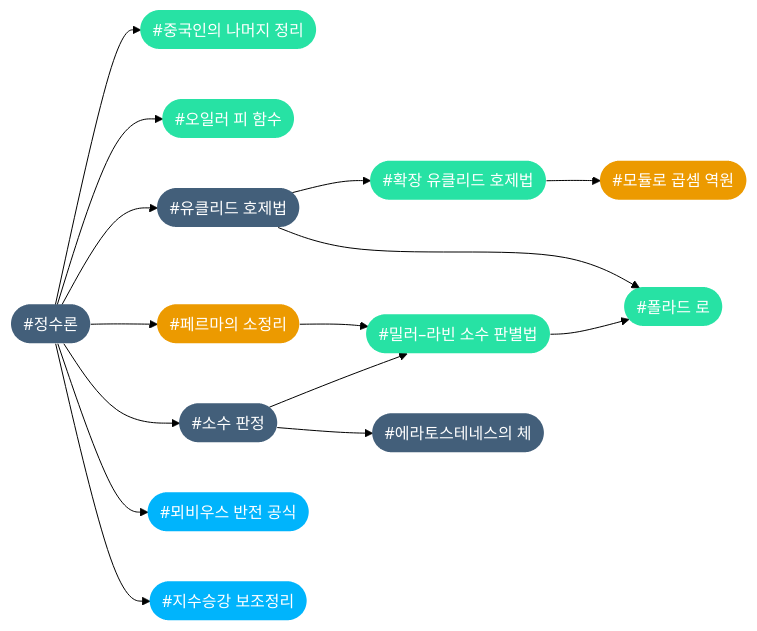
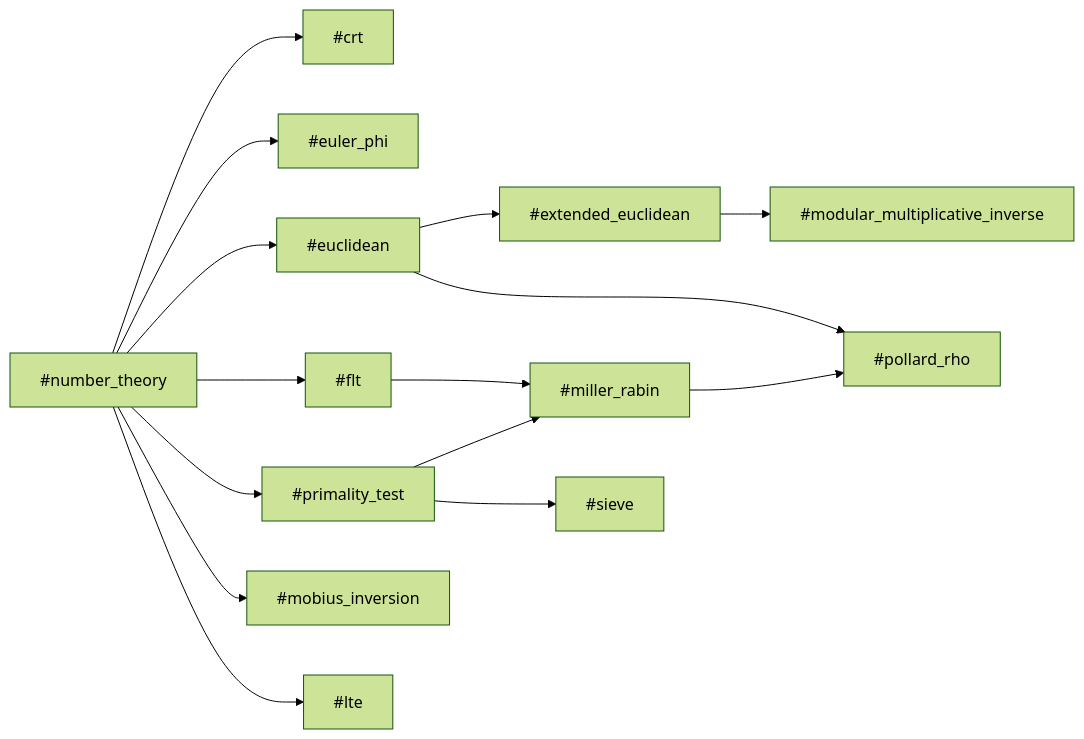
The tenth of 17 diagrams in index.md (CHOYUNSIG/algorithm_with_boj), drawn with Mermaid (forest theme) before and after one commit. The commit also changed other lines of this file and 5 other files, not shown here.

```diff
--- a/index.md
+++ b/index.md
@@ -528,39 +330,18 @@
-<pre class="mermaid">
+<pre class="mermaid tag-connection-define">
     graph LR
 
     #number_theory --> #crt
     #number_theory --> #euler_phi
     #number_theory --> #euclidean
     #number_theory --> #flt
     #number_theory --> #primality_test
     #number_theory --> #mobius_inversion
     #number_theory --> #lte
     #primality_test --> #miller_rabin
     #primality_test --> #sieve
     #flt --> #miller_rabin
     #euclidean --> #extended_euclidean
     #euclidean --> #pollard_rho
     #miller_rabin --> #pollard_rho
     #extended_euclidean --> #modular_multiplicative_inverse
-
-    #modular_multiplicative_inverse(["#모듈로 곱셈 역원"]):::tier2
-    #mobius_inversion(["#뫼비우스 반전 공식"]):::tier4
-    #miller_rabin(["#밀러–라빈 소수 판별법"]):::tier3
-    #primality_test(["#소수 판정"]):::tier1
-    #sieve(["#에라토스테네스의 체"]):::tier1
-    #euler_phi(["#오일러 피 함수"]):::tier3
-    #euclidean(["#유클리드 호제법"]):::tier1
-    #number_theory(["#정수론"]):::tier1
-    #crt(["#중국인의 나머지 정리"]):::tier3
-    #lte(["#지수승강 보조정리"]):::tier4
-    #flt(["#페르마의 소정리"]):::tier2
-    #pollard_rho(["#폴라드 로"]):::tier3
-    #extended_euclidean(["#확장 유클리드 호제법"]):::tier3
-
-    classDef tier0 fill:#ad5600, color:#fff, stroke:#0000
-    classDef tier1 fill:#435f7a, color:#fff, stroke:#0000
-    classDef tier2 fill:#ec9a00, color:#fff, stroke:#0000
-    classDef tier3 fill:#27e2a4, color:#fff, stroke:#0000
-    classDef tier4 fill:#00b4fc, color:#fff, stroke:#0000
-    classDef tier5 fill:#ff0062, color:#fff, stroke:#0000
 </pre>
```
